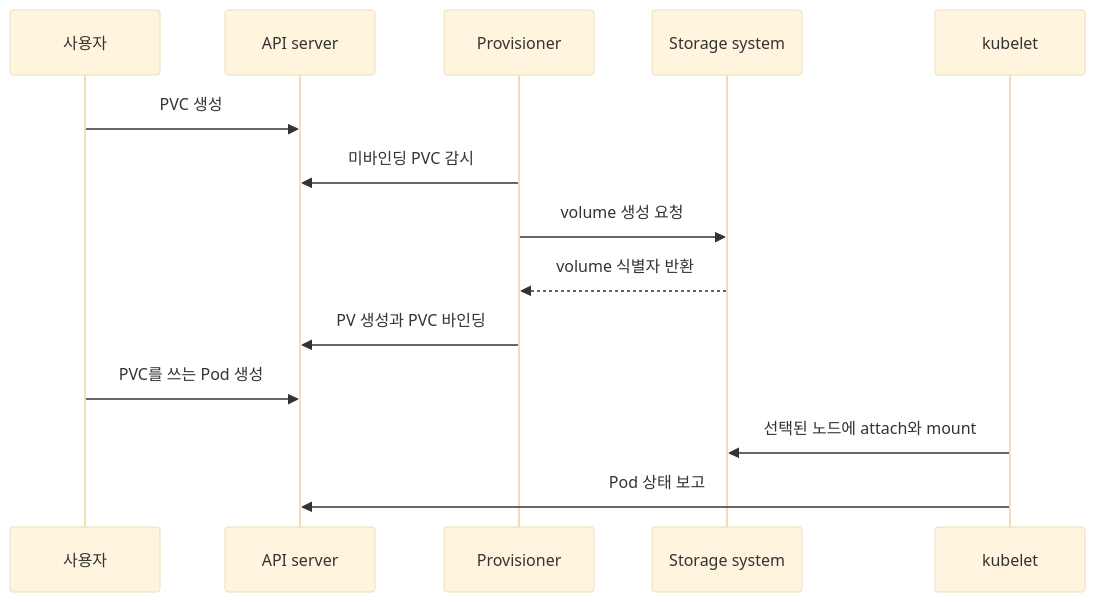
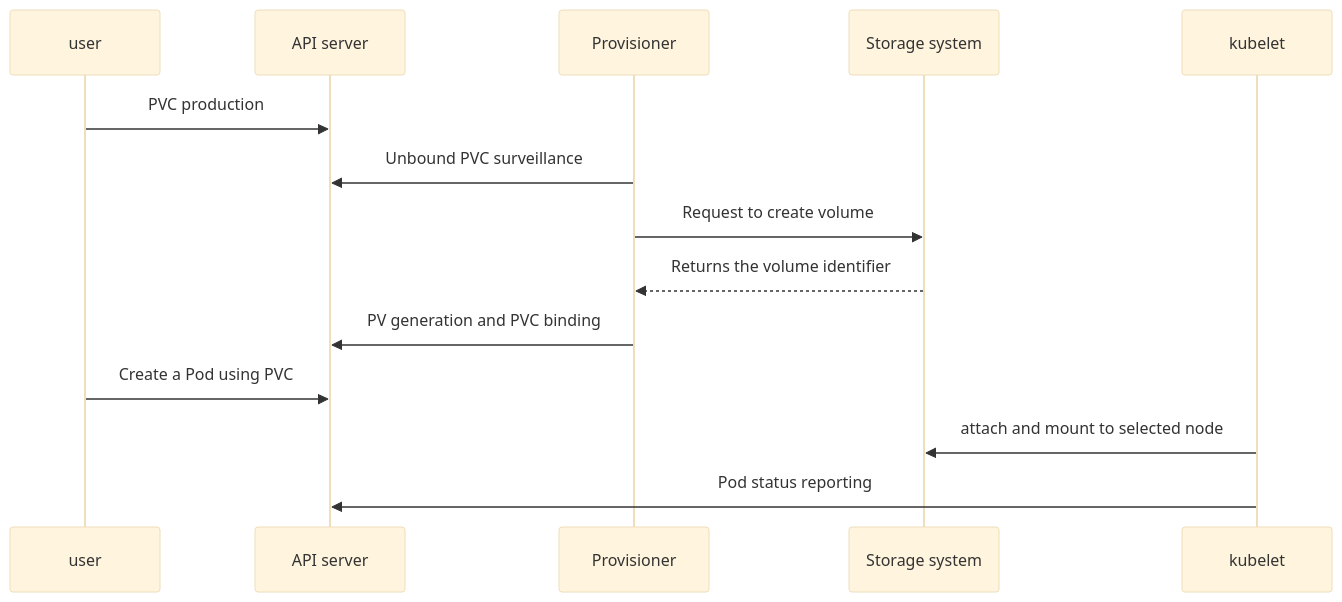
One commit to nohdol97/nohdol-study changed the second of 2 diagrams in docs-site/content/kubernetes/06-storage-and-configuration.md. Above: the diagram before and after it, drawn with Mermaid (base theme). The commit also changed other lines of this file and 116 other files, not shown here.

````diff
--- a/docs-site/content/kubernetes/06-storage-and-configuration.md
+++ b/docs-site/content/kubernetes/06-storage-and-configuration.md
@@ -33,16 +33,16 @@
 ```mermaid
 sequenceDiagram
-    participant U as 사용자
+    participant U as user
     participant A as API server
     participant P as Provisioner
     participant S as Storage system
     participant K as kubelet
-    U->>A: PVC 생성
-    P->>A: 미바인딩 PVC 감시
-    P->>S: volume 생성 요청
-    S-->>P: volume 식별자 반환
-    P->>A: PV 생성과 PVC 바인딩
-    U->>A: PVC를 쓰는 Pod 생성
-    K->>S: 선택된 노드에 attach와 mount
-    K->>A: Pod 상태 보고
+    U->>A: PVC production
+    P->>A: Unbound PVC surveillance
+    P->>S: Request to create volume
+    S-->>P: Returns the volume identifier
+    P->>A: PV generation and PVC binding
+    U->>A: Create a Pod using PVC
+    K->>S: attach and mount to selected node
+    K->>A: Pod status reporting
 ```
````
